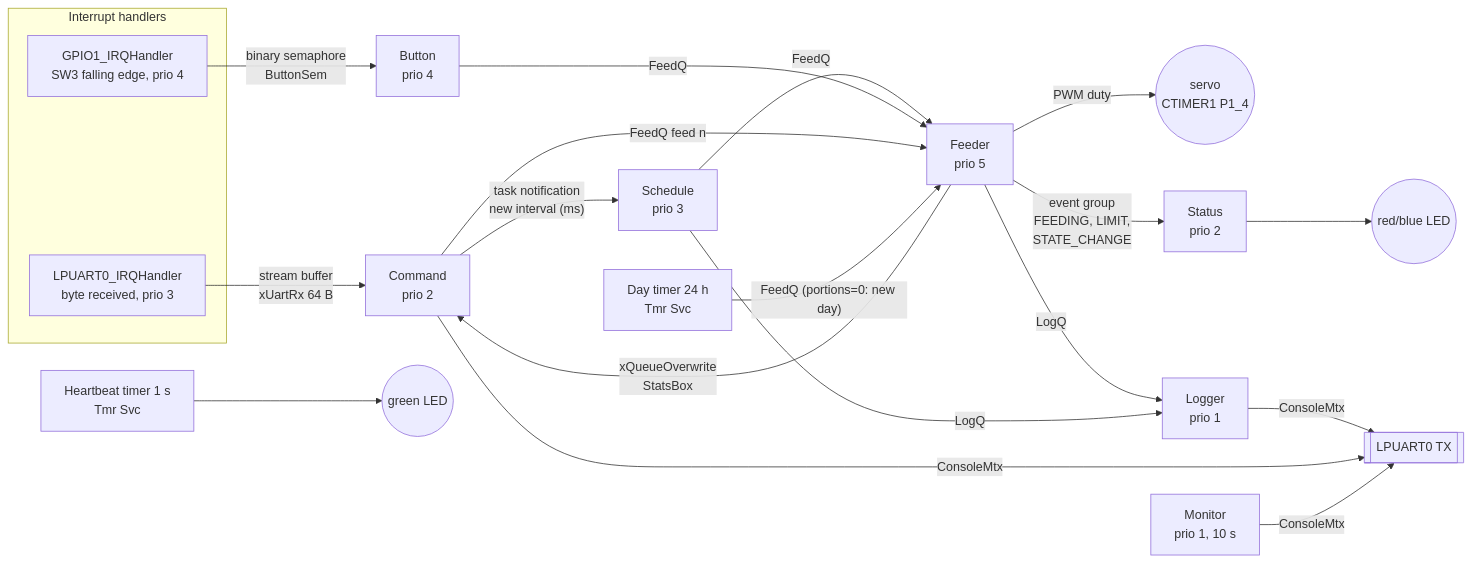
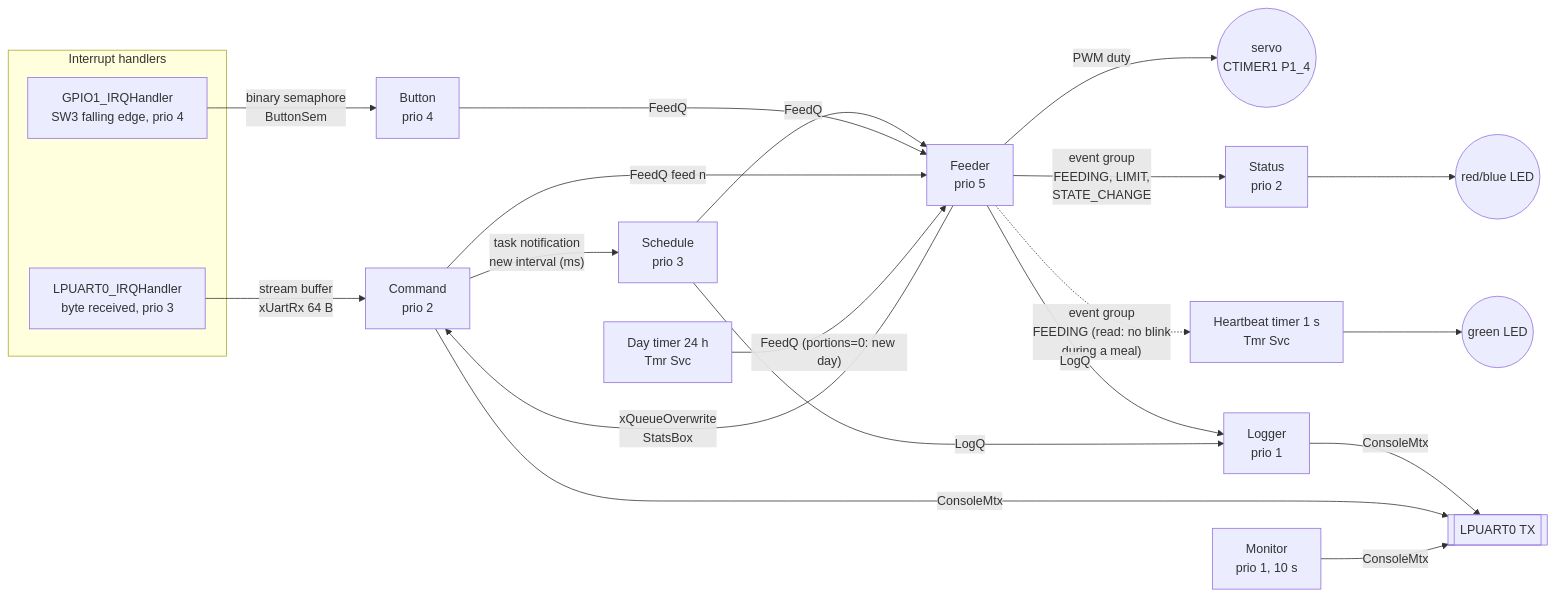
The diagram in docs/design.md (eniolaaaa/pet_feeder), drawn with Mermaid before and after one commit. The commit also changed other lines of this file, not shown here.

First line of the commit message:
Design: heartbeat reads the FEEDING bit; debugger view names

````diff
--- a/docs/design.md
+++ b/docs/design.md
@@ -7,28 +9,29 @@
 ```mermaid
 flowchart LR
     subgraph ISR[Interrupt handlers]
         U[LPUART0_IRQHandler<br/>byte received, prio 3]
         G[GPIO1_IRQHandler<br/>SW3 falling edge, prio 4]
     end
 
     U -- "stream buffer<br/>xUartRx 64 B" --> C[Command<br/>prio 2]
     G -- "binary semaphore<br/>ButtonSem" --> B[Button<br/>prio 4]
 
     C -- "task notification<br/>new interval (ms)" --> S[Schedule<br/>prio 3]
     S -- "FeedQ" --> F
     B -- "FeedQ" --> F
     C -- "FeedQ feed n" --> F
     DT[Day timer 24 h<br/>Tmr Svc] -- "FeedQ (portions=0: new day)" --> F
 
     F[Feeder<br/>prio 5] -- "PWM duty" --> SERVO((servo<br/>CTIMER1 P1_4))
     F -- "xQueueOverwrite<br/>StatsBox" --> C
     F -- "event group<br/>FEEDING, LIMIT,<br/>STATE_CHANGE" --> ST[Status<br/>prio 2]
     ST --> LEDS((red/blue LED))
     HB[Heartbeat timer 1 s<br/>Tmr Svc] --> GREEN((green LED))
+    F -. "event group<br/>FEEDING (read: no blink<br/>during a meal)" .-> HB
 
     F -- "LogQ" --> L[Logger<br/>prio 1]
     S -- "LogQ" --> L
     L -- "ConsoleMtx" --> CON[[LPUART0 TX]]
     C -- "ConsoleMtx" --> CON
     M[Monitor<br/>prio 1, 10 s] -- "ConsoleMtx" --> CON
 ```
````
